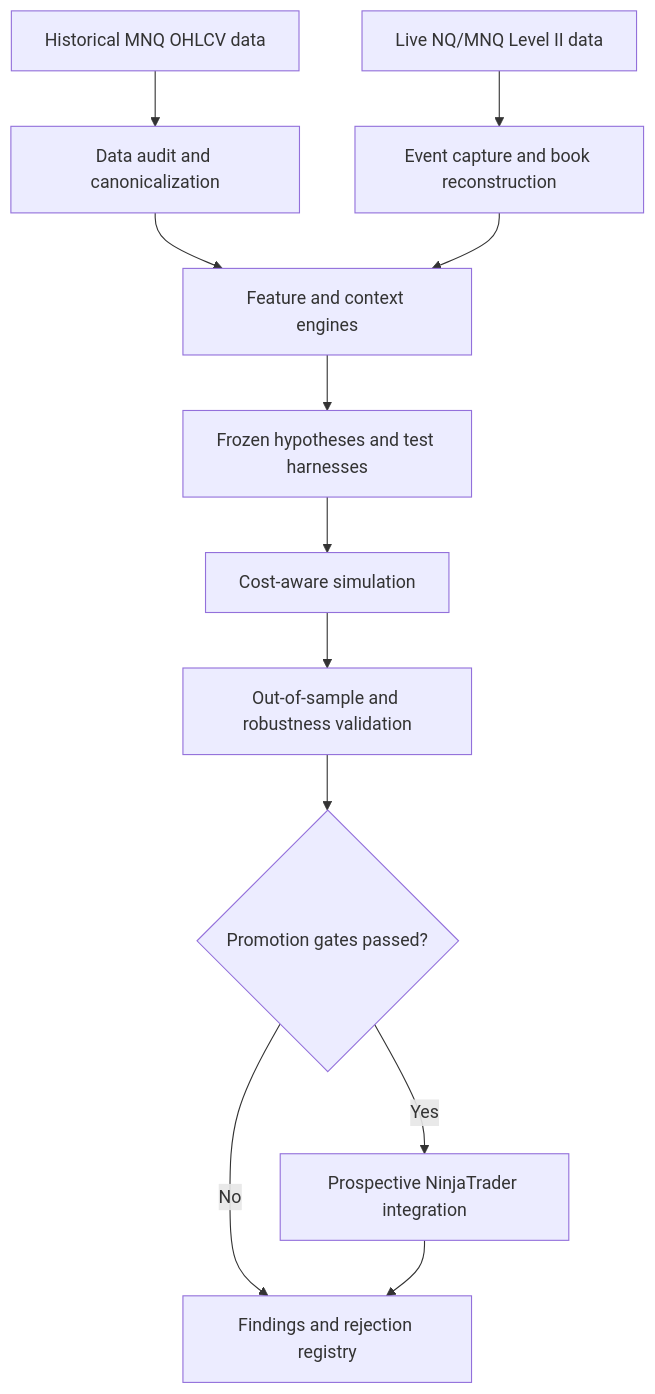
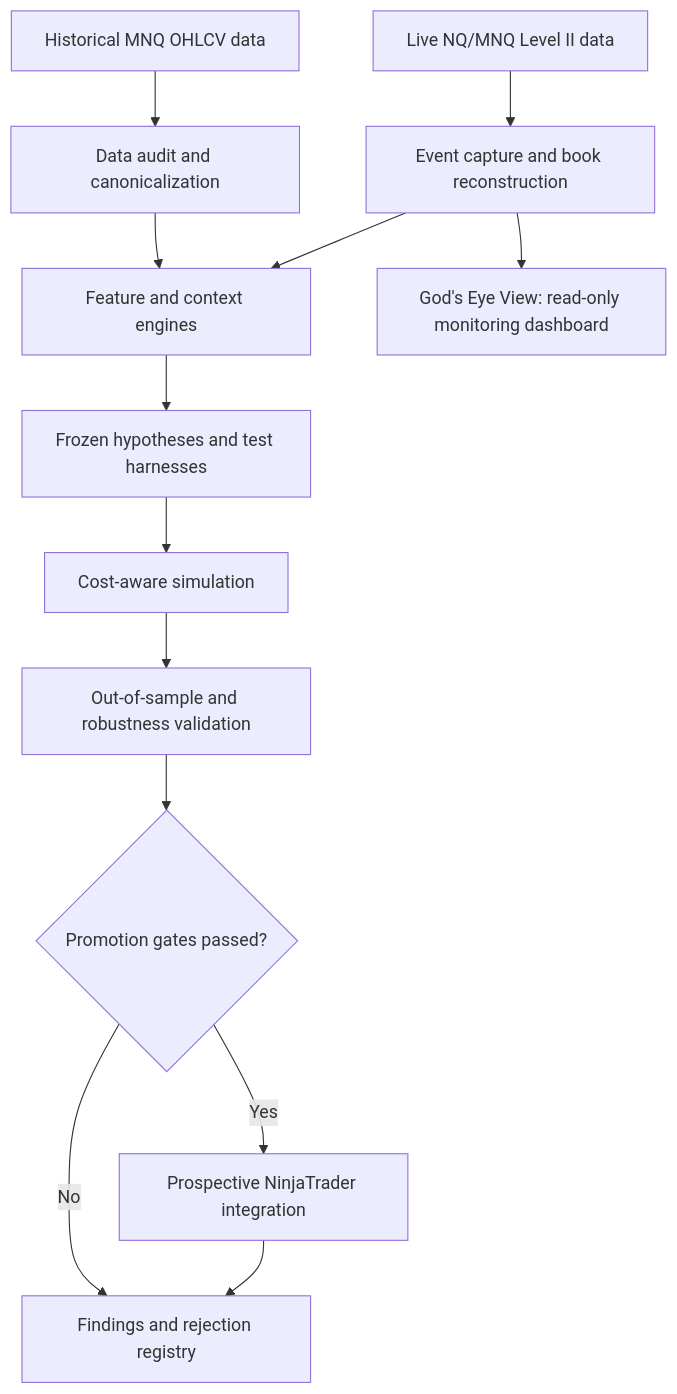
One commit to Heshh999/NGUQT changed the first of 2 diagrams in README.md. Above: the diagram before and after it, drawn with Mermaid. The commit also changed other lines of this file, not shown here.

````diff
--- a/README.md
+++ b/README.md
@@ -63,14 +63,15 @@
 ```mermaid
 flowchart TD
     A["Historical MNQ OHLCV data"] --> B["Data audit and canonicalization"]
     H["Live NQ/MNQ Level II data"] --> I["Event capture and book reconstruction"]
     B --> C["Feature and context engines"]
     I --> C
     C --> D["Frozen hypotheses and test harnesses"]
     D --> E["Cost-aware simulation"]
     E --> F["Out-of-sample and robustness validation"]
     F --> K{"Promotion gates passed?"}
     K -->|"No"| G["Findings and rejection registry"]
     K -->|"Yes"| J["Prospective NinjaTrader integration"]
     J --> G
+    I --> M["God's Eye View: read-only monitoring dashboard"]
 ```
````
